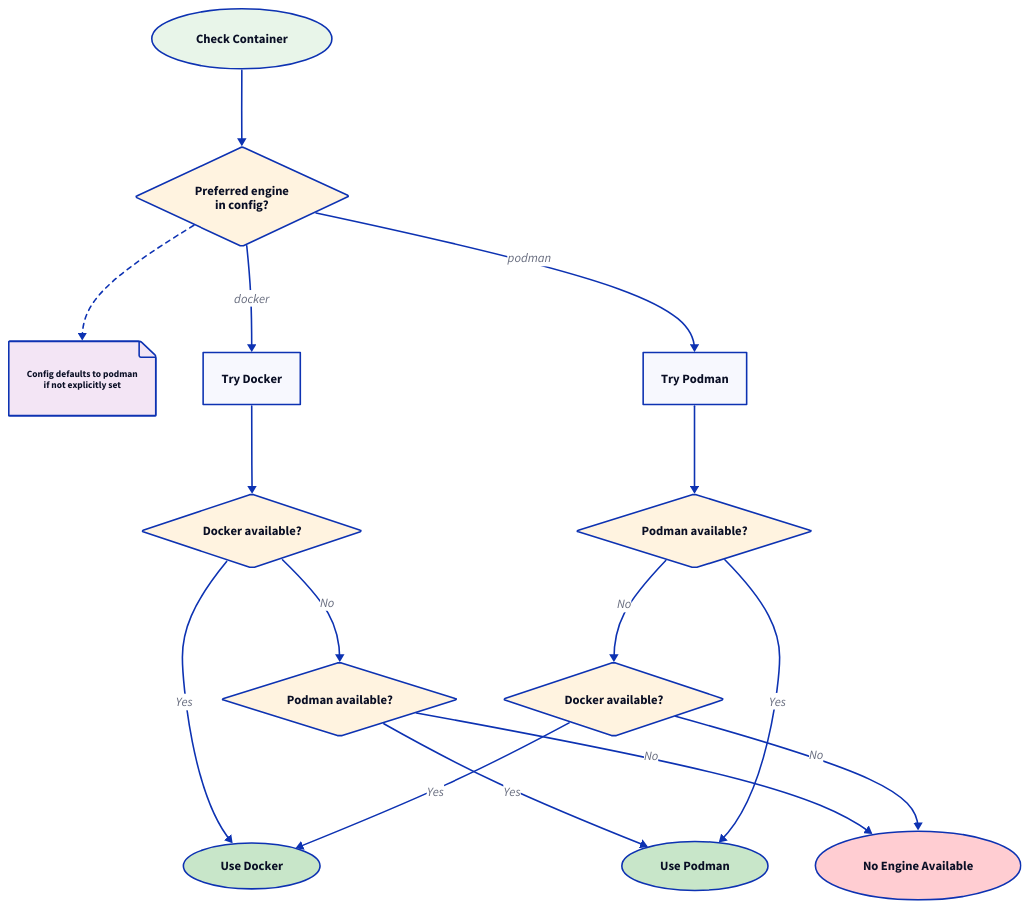
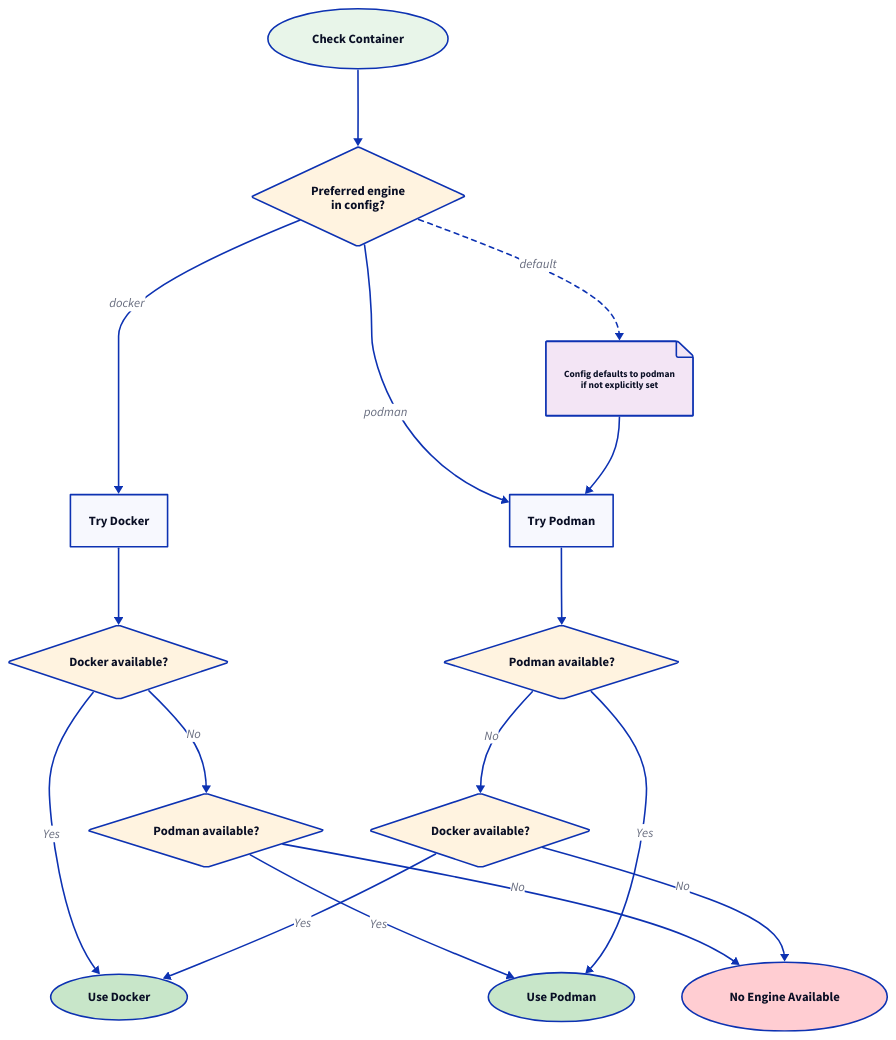
One commit to invowk/invowk changed the diagram in docs/diagrams/flowcharts/runtime-container-check.d2. Above: the diagram before and after it, drawn with D2. The commit also changed 49 other files, not shown here. The source asks for the TALA layout; these drawings use dagre instead.

First line of the commit message:
docs(diagrams): enforce TALA diagram renders

```diff
--- a/docs/diagrams/flowcharts/runtime-container-check.d2
+++ b/docs/diagrams/flowcharts/runtime-container-check.d2
@@ -1,94 +1,95 @@
 # Container Runtime Availability Check Flowchart
 #
 # Shows how Invowk detects container engine availability,
 # checking preferred engine first then falling back.
 # Both directions are symmetric: Docker falls back to Podman
 # and Podman falls back to Docker.
 #
 # Source: internal/container/engine.go (NewEngine, AutoDetectEngine)
 
 vars: {
   d2-config: {
     layout-engine: tala
   }
 }
 
 direction: down
 
 Start: Check Container {
   shape: oval
   style.fill: "#E8F5E9"
 }
 
 Pref: Preferred engine\nin config? {
   shape: diamond
   style.fill: "#FFF3E0"
 }
 
 Note: "Config defaults to podman\nif not explicitly set" {
   shape: page
   style.fill: "#F3E5F5"
   style.font-size: 12
 }
 
 TryDocker: Try Docker
 TryPodman: Try Podman
 
 DockerOK: Docker available? {
   shape: diamond
   style.fill: "#FFF3E0"
 }
 
 PodmanOK: Podman available? {
   shape: diamond
   style.fill: "#FFF3E0"
 }
 
 # Fallback check nodes (when preferred engine unavailable)
 FallbackPodman: Podman available? {
   shape: diamond
   style.fill: "#FFF3E0"
 }
 
 FallbackDocker: Docker available? {
   shape: diamond
   style.fill: "#FFF3E0"
 }
 
 UseDocker: Use Docker {
   shape: oval
   style.fill: "#C8E6C9"
 }
 
 UsePodman: Use Podman {
   shape: oval
   style.fill: "#C8E6C9"
 }
 
 Unavailable: No Engine Available {
   shape: oval
   style.fill: "#FFCDD2"
 }
 
 Start -> Pref
 Pref -> TryDocker: docker
 Pref -> TryPodman: podman
-Pref -> Note: {style.stroke-dash: 3}
+Pref -> Note: default {style.stroke-dash: 3}
+Note -> TryPodman
 
 # Docker-preferred path
 TryDocker -> DockerOK
 DockerOK -> UseDocker: Yes
 DockerOK -> FallbackPodman: No
 
 # Docker fallback to Podman
 FallbackPodman -> UsePodman: Yes
 FallbackPodman -> Unavailable: No
 
 # Podman-preferred path (also used for "not set" / auto-detect)
 TryPodman -> PodmanOK
 PodmanOK -> UsePodman: Yes
 PodmanOK -> FallbackDocker: No
 
 # Podman fallback to Docker
 FallbackDocker -> UseDocker: Yes
 FallbackDocker -> Unavailable: No
```
